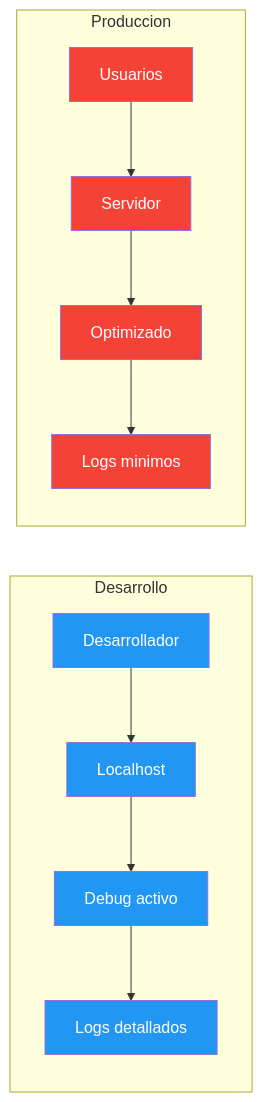
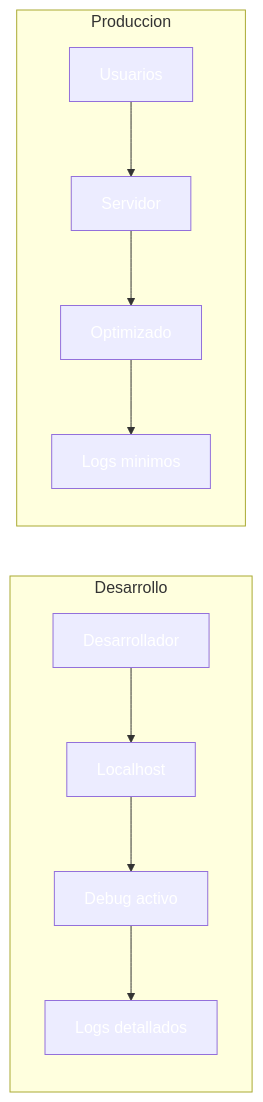
One commit to joseluisgs/DesarrolloWebEntornosServidor-02-2026-2027 changed the first of 2 diagrams in 25-perfiles.md. Above: the diagram before and after it, drawn with Mermaid. The commit also changed other lines of this file and 41 other files, not shown here.

````diff
--- a/25-perfiles.md
+++ b/25-perfiles.md
@@ -41,23 +41,23 @@
 ```mermaid
 flowchart LR
     subgraph "Desarrollo"
         A1[Desarrollador] --> A2[Localhost]
         A2 --> A3[Debug activo]
         A3 --> A4[Logs detallados]
     end
 
     subgraph "Produccion"
         B1[Usuarios] --> B2[Servidor]
         B2 --> B3[Optimizado]
         B3 --> B4[Logs minimos]
     end
 
-    style A1 fill:#2196F3,color:#fff
-    style A2 fill:#2196F3,color:#fff
-    style A3 fill:#2196F3,color:#fff
-    style A4 fill:#2196F3,color:#fff
-    style B1 fill:#f44336,color:#fff
-    style B2 fill:#f44336,color:#fff
-    style B3 fill:#f44336,color:#fff
-    style B4 fill:#f44336,color:#fff
+    style A1 fill:#2196F,color:#fff3,color:#fff
+    style A2 fill:#2196F,color:#fff3,color:#fff
+    style A3 fill:#2196F,color:#fff3,color:#fff
+    style A4 fill:#2196F,color:#fff3,color:#fff
+    style B1 fill:#f4433,color:#fff6,color:#fff
+    style B2 fill:#f4433,color:#fff6,color:#fff
+    style B3 fill:#f4433,color:#fff6,color:#fff
+    style B4 fill:#f4433,color:#fff6,color:#fff
 ```
````
